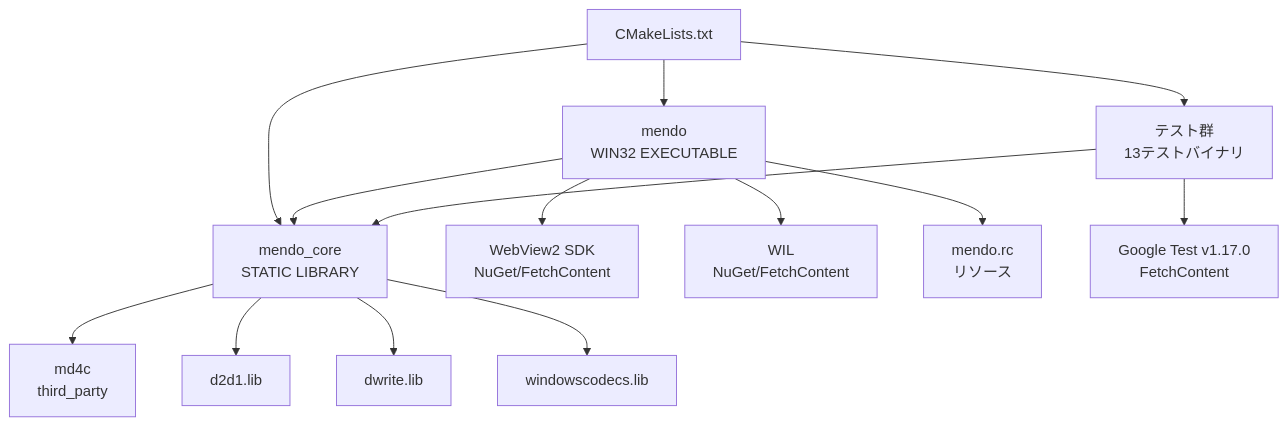
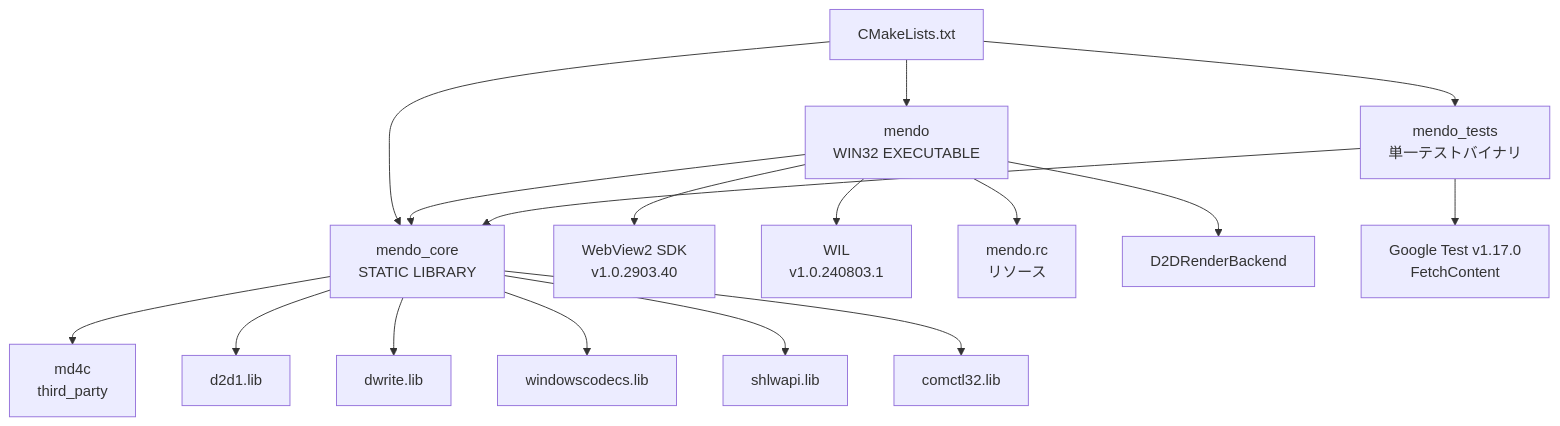
Diagram 20 of 27 in test.md (tanaton/mendo), drawn with Mermaid before and after one commit. The commit also changed other lines of this file, not shown here.

````diff
--- a/test.md
+++ b/test.md
@@ -878,18 +1388,21 @@
 ```mermaid
 graph TD
     ROOT[CMakeLists.txt] --> CORE[mendo_core<br>STATIC LIBRARY]
     ROOT --> EXE[mendo<br>WIN32 EXECUTABLE]
-    ROOT --> TEST[テスト群<br>13テストバイナリ]
+    ROOT --> TEST[mendo_tests<br>単一テストバイナリ]
 
     CORE --> MD4C[md4c<br>third_party]
     EXE --> CORE
-    EXE --> WV2[WebView2 SDK<br>NuGet/FetchContent]
-    EXE --> WIL[WIL<br>NuGet/FetchContent]
+    EXE --> WV2[WebView2 SDK<br>v1.0.2903.40]
+    EXE --> WIL[WIL<br>v1.0.240803.1]
     EXE --> RC[mendo.rc<br>リソース]
+    EXE --> RB[D2DRenderBackend]
     TEST --> CORE
     TEST --> GTEST[Google Test v1.17.0<br>FetchContent]
 
     CORE --> D2D1[d2d1.lib]
     CORE --> DWRITE[dwrite.lib]
     CORE --> WIC_LIB[windowscodecs.lib]
+    CORE --> SHLWAPI[shlwapi.lib]
+    CORE --> COMCTL[comctl32.lib]
 ```
````
